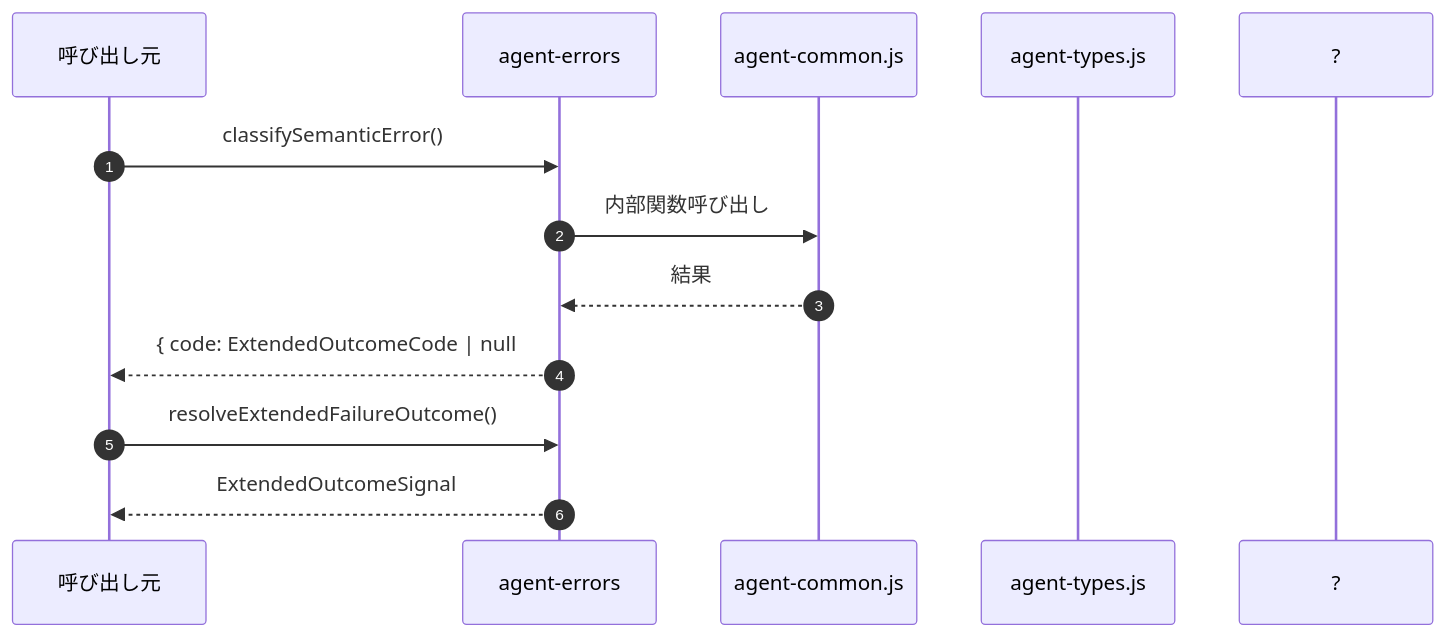
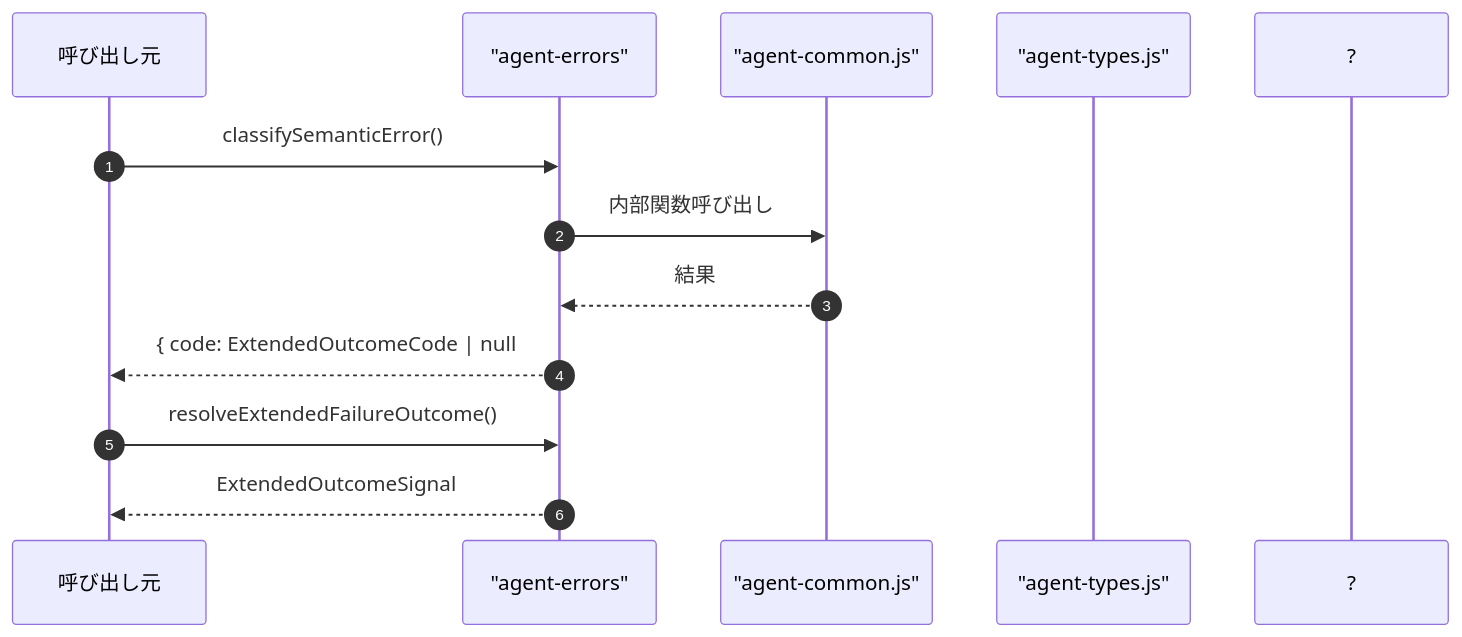
Before and after one commit to Mekann2904/mekann: the fourth of 4 diagrams in ABDD/.pi/lib/agent-errors.md, drawn with Mermaid. The commit also changed other lines of this file and 152 other files, not shown here.

First line of the commit message:
fix: Mermaid図のラベル内の特殊文字をエスケープする

````diff
--- a/ABDD/.pi/lib/agent-errors.md
+++ b/ABDD/.pi/lib/agent-errors.md
@@ -107,16 +107,16 @@
 ```mermaid
 sequenceDiagram
   autonumber
   participant Caller as 呼び出し元
-  participant agent_errors as agent-errors
-  participant agent_common_js as agent-common.js
-  participant agent_types_js as agent-types.js
+  participant agent_errors as "agent-errors"
+  participant agent_common_js as "agent-common.js"
+  participant agent_types_js as "agent-types.js"
 
   Caller->>agent_errors: classifySemanticError()
   agent_errors->>agent_common_js: 内部関数呼び出し
   agent_common_js-->>agent_errors: 結果
   agent_errors-->>Caller: { code: ExtendedOutcomeCode | null; details?: string[] }
 
   Caller->>agent_errors: resolveExtendedFailureOutcome()
   agent_errors-->>Caller: ExtendedOutcomeSignal
 ```
````
